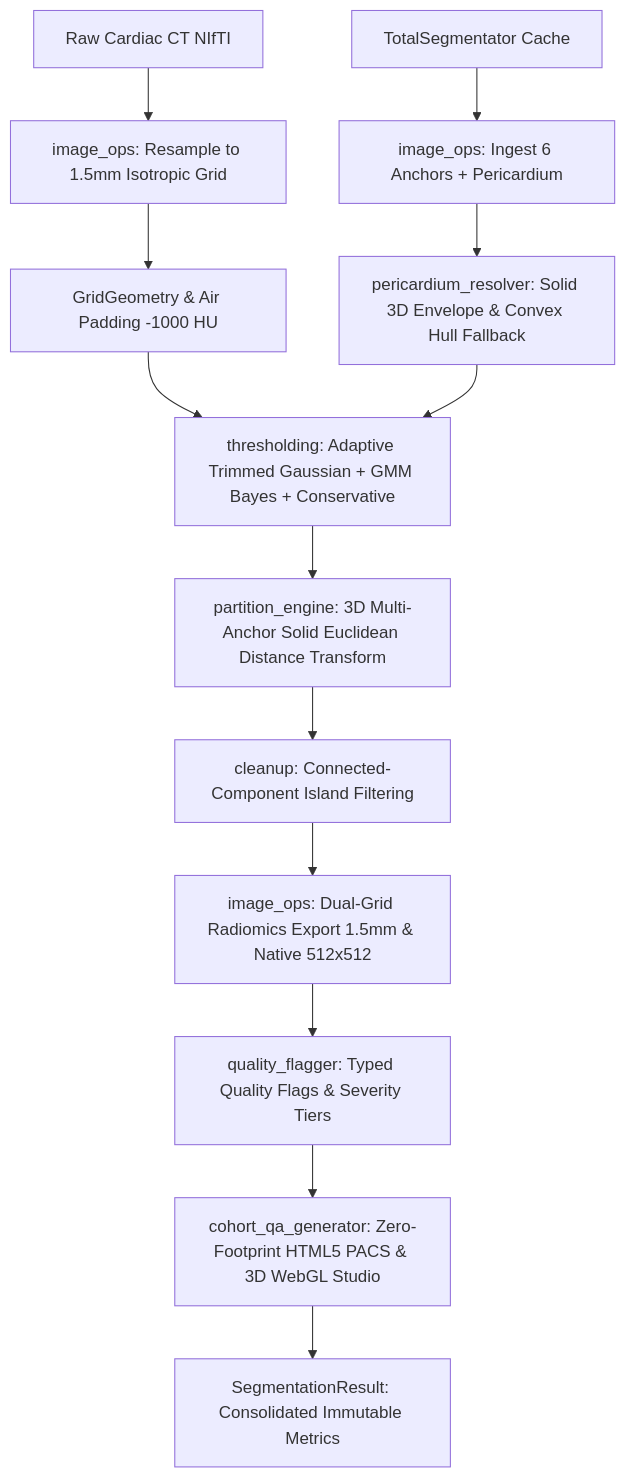
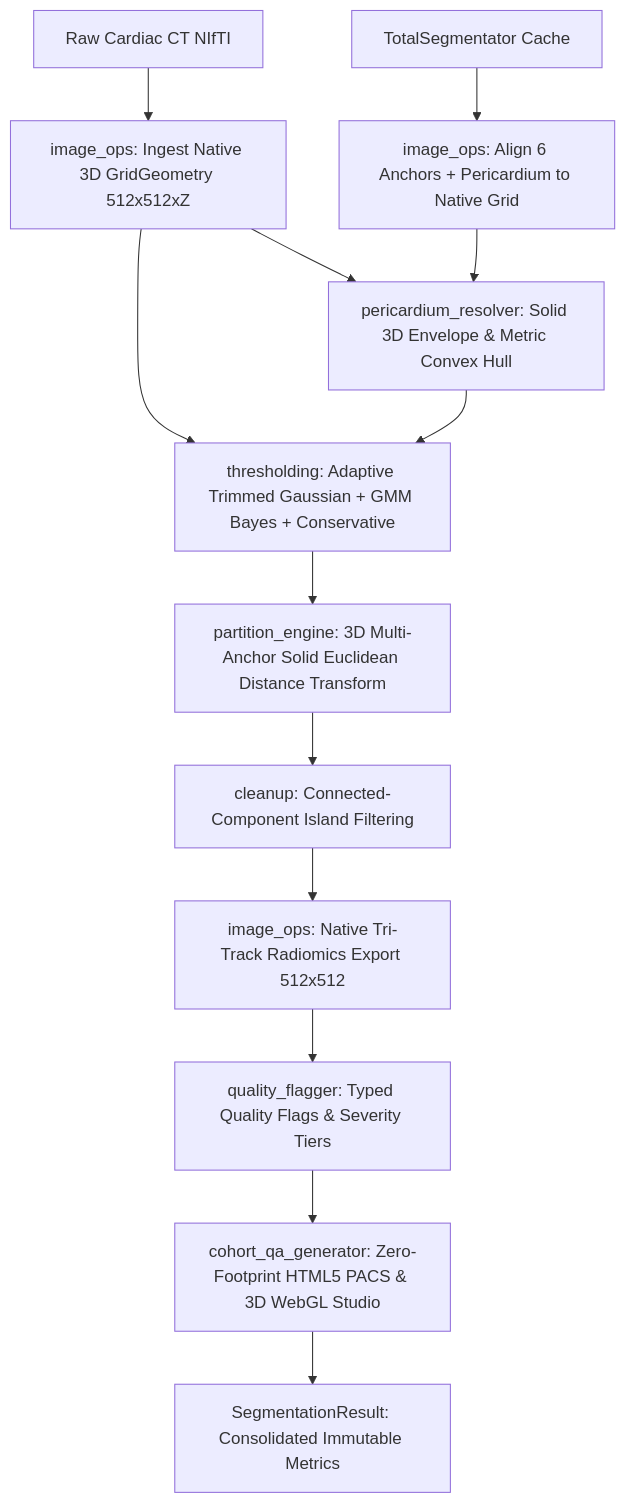
The diagram in README.md (marmor123/la-fat-segmentation), drawn with Mermaid before and after one commit. The commit also changed other lines of this file and 9 other files, not shown here.

````diff
--- a/README.md
+++ b/README.md
@@ -130,15 +130,15 @@
 ```mermaid
 graph TD
-    CT[Raw Cardiac CT NIfTI] --> Resample[image_ops: Resample to 1.5mm Isotropic Grid]
-    TS[TotalSegmentator Cache] --> Ingest[image_ops: Ingest 6 Anchors + Pericardium]
-    Resample --> ResampleGrid[GridGeometry & Air Padding -1000 HU]
-    Ingest --> PeriResolver[pericardium_resolver: Solid 3D Envelope & Convex Hull Fallback]
-    ResampleGrid --> Thresh[thresholding: Adaptive Trimmed Gaussian + GMM Bayes + Conservative]
+    CT[Raw Cardiac CT NIfTI] --> IngestCT[image_ops: Ingest Native 3D GridGeometry 512x512xZ]
+    TS[TotalSegmentator Cache] --> IngestMasks[image_ops: Align 6 Anchors + Pericardium to Native Grid]
+    IngestCT --> PeriResolver[pericardium_resolver: Solid 3D Envelope & Metric Convex Hull]
+    IngestMasks --> PeriResolver
+    IngestCT --> Thresh[thresholding: Adaptive Trimmed Gaussian + GMM Bayes + Conservative]
     PeriResolver --> Thresh
     Thresh --> Partition[partition_engine: 3D Multi-Anchor Solid Euclidean Distance Transform]
     Partition --> Cleanup[cleanup: Connected-Component Island Filtering]
-    Cleanup --> Radiomics[image_ops: Dual-Grid Radiomics Export 1.5mm & Native 512x512]
+    Cleanup --> Radiomics[image_ops: Native Tri-Track Radiomics Export 512x512]
     Radiomics --> QC[quality_flagger: Typed Quality Flags & Severity Tiers]
     QC --> QA[cohort_qa_generator: Zero-Footprint HTML5 PACS & 3D WebGL Studio]
     QA --> Result[SegmentationResult: Consolidated Immutable Metrics]
 ```
````
